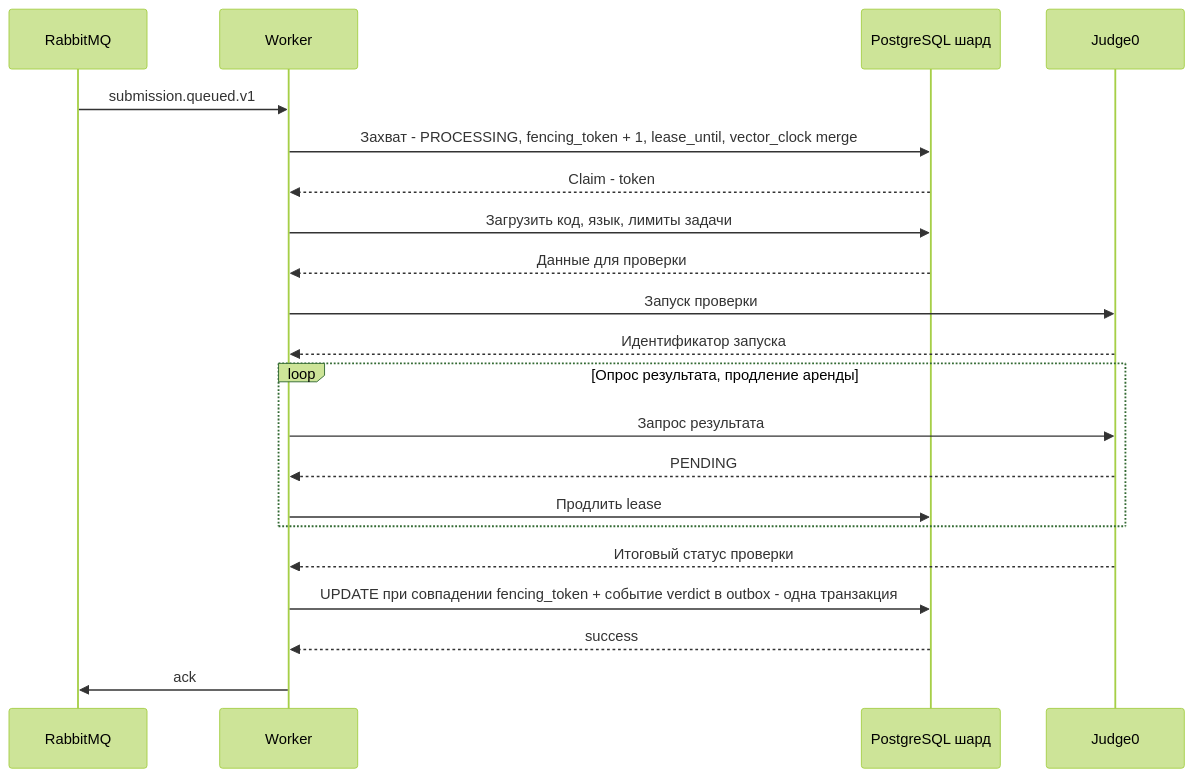
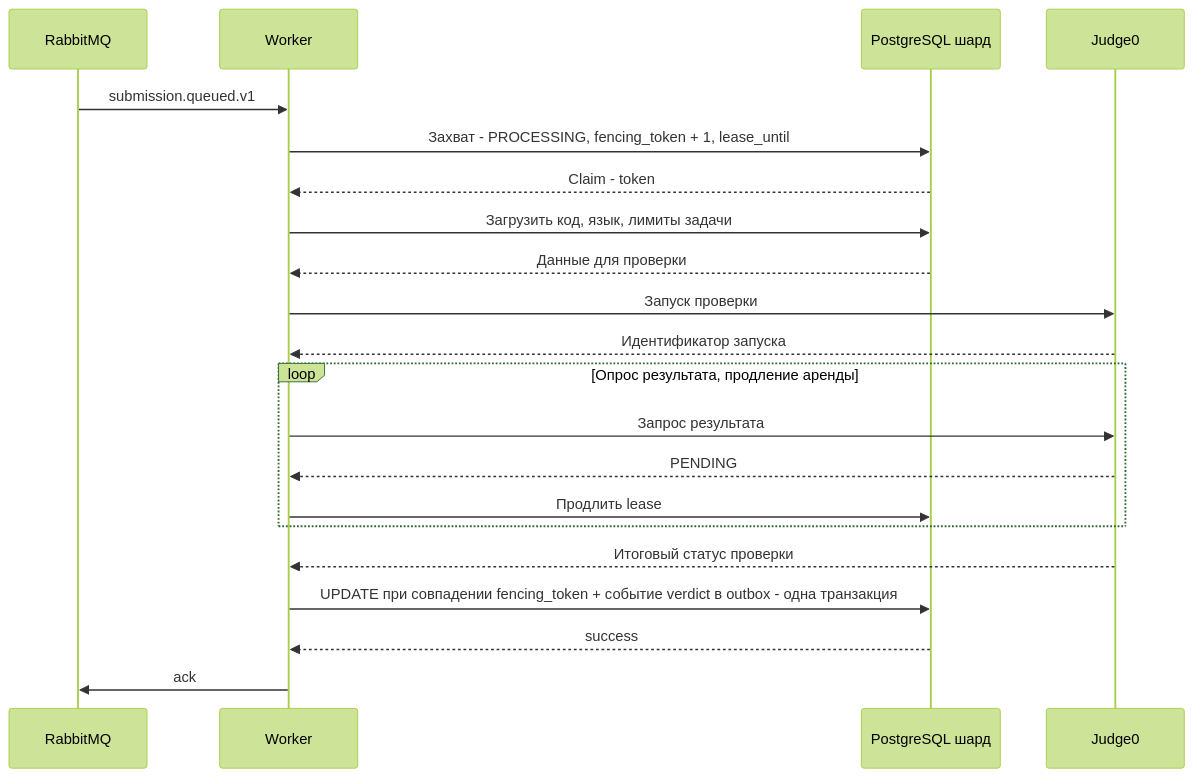
Before and after one commit to spbu-ds-practicum-2026/hotfix: the sixth of 13 diagrams in docs/tr.md, drawn with Mermaid (forest theme). The commit also changed other lines of this file, not shown here.

````diff
--- a/docs/tr.md
+++ b/docs/tr.md
@@ -516,24 +490,24 @@
 ```mermaid
 sequenceDiagram
   participant MQ as RabbitMQ
   participant Worker
   participant DB as PostgreSQL шард
   participant Judge0
 
   MQ->>Worker: submission.queued.v1
-  Worker->>DB: Захват - PROCESSING, fencing_token + 1, lease_until, vector_clock merge
+  Worker->>DB: Захват - PROCESSING, fencing_token + 1, lease_until
   DB-->>Worker: Claim - token
   Worker->>DB: Загрузить код, язык, лимиты задачи
   DB-->>Worker: Данные для проверки
   Worker->>Judge0: Запуск проверки
   Judge0-->>Worker: Идентификатор запуска
   loop Опрос результата, продление аренды
     Worker->>Judge0: Запрос результата
     Judge0-->>Worker: PENDING
     Worker->>DB: Продлить lease
   end
   Judge0-->>Worker: Итоговый статус проверки
   Worker->>DB: UPDATE при совпадении fencing_token + событие verdict в outbox - одна транзакция
   DB-->>Worker: success
   Worker->>MQ: ack
 ```
````
